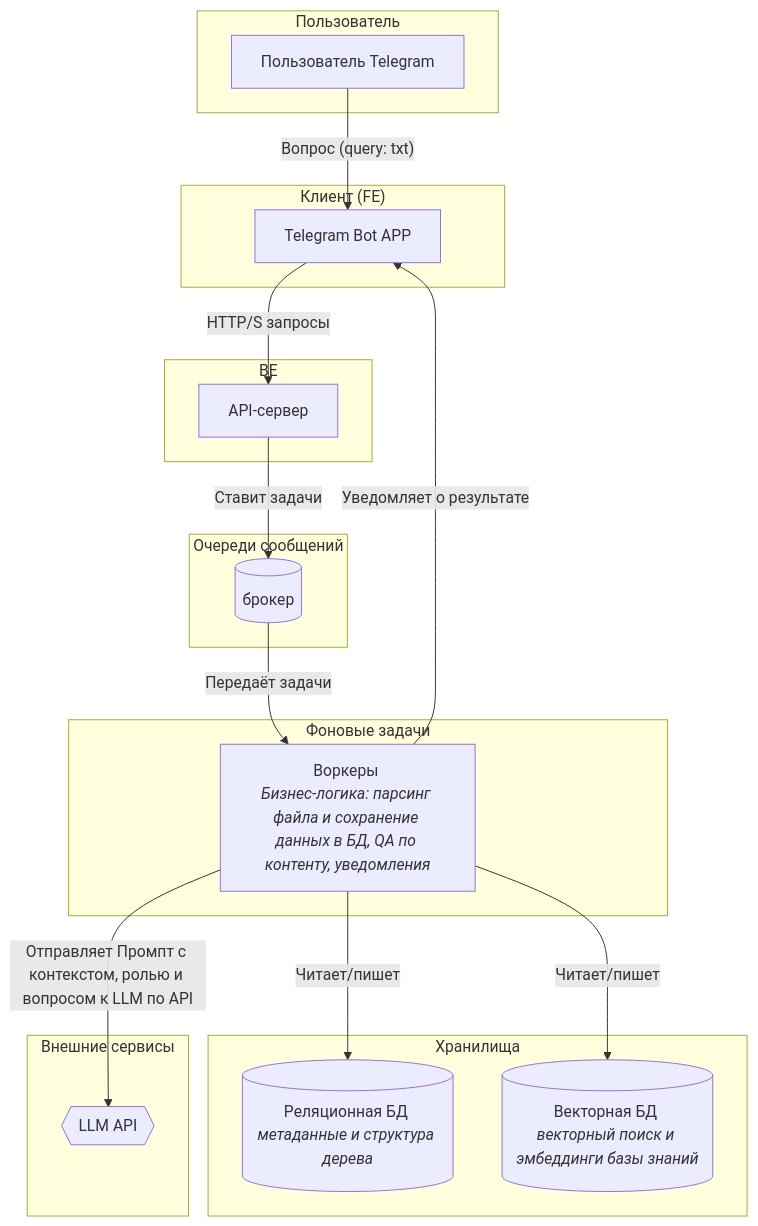
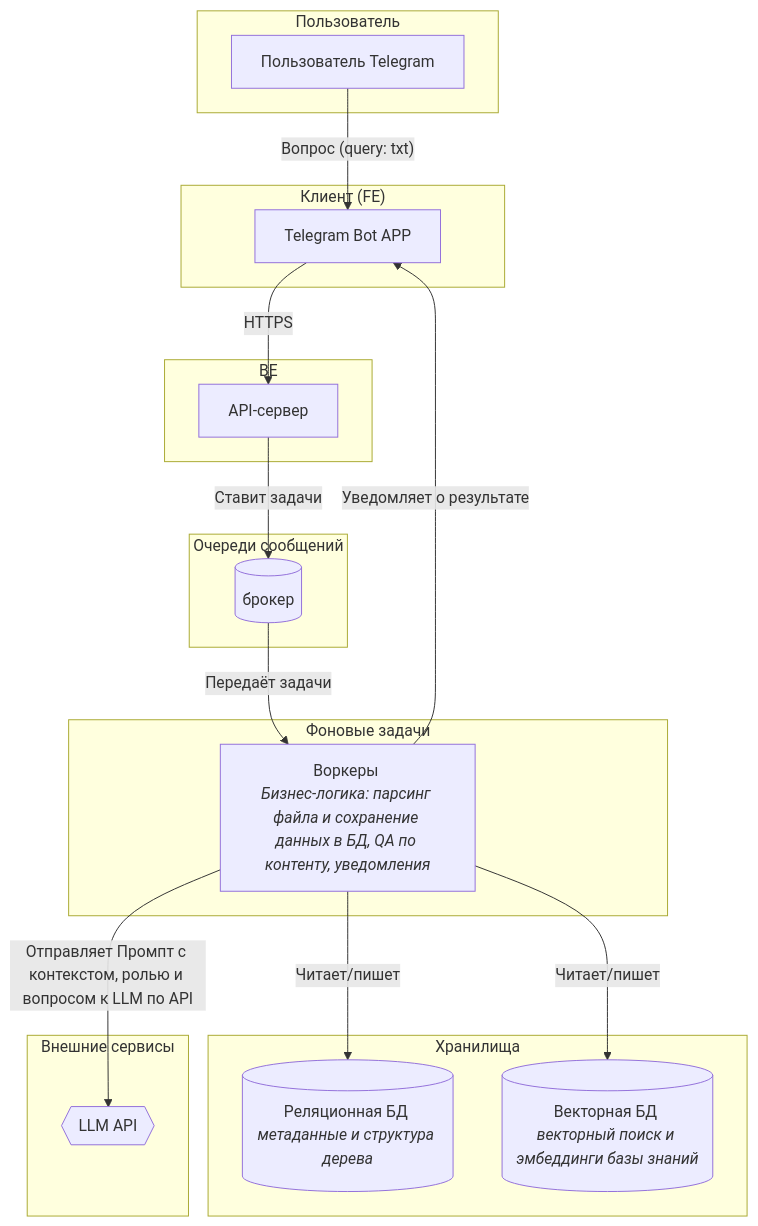
One commit to patolog123/Analyst-3.0 changed the diagram in Анастасия_Друзьянова/architect.MD. Above: the diagram before and after it, drawn with Mermaid.

````diff
--- a/Анастасия_Друзьянова/architect.MD
+++ b/Анастасия_Друзьянова/architect.MD
@@ -1,41 +1,41 @@
 ```mermaid
 graph TD
     subgraph "Пользователь"
         A[Пользователь Telegram]
     end
 
     subgraph "Клиент (FE)"
         B[Telegram Bot APP]
     end
 
     subgraph "BE"
         C[API-сервер]
     end
 
     subgraph "Очереди сообщений"
         J[(брокер)]
     end
 
     subgraph "Фоновые задачи"
         F[Воркеры <br><i>Бизнес-логика: парсинг файла и сохранение данных в БД, QA по контенту, уведомления</i>]
     end
 
     subgraph "Хранилища"
         G[(Реляционная БД <br><i>метаданные и структура дерева</i>)]
         I[(Векторная БД <br><i>векторный поиск и эмбеддинги базы знаний</i>)]
     end
 
     subgraph "Внешние сервисы"
         H{{LLM API}}
     end
 
     %% Связи между компонентами
     A -- Вопрос (query: txt) --> B
-    B -- HTTP/S запросы --> C
+    B -- HTTPS --> C
     C -- Ставит задачи --> J
     J -- Передаёт задачи --> F
     F -- Отправляет Промпт с контекстом, ролью и вопросом к LLM по API --> H
     F -- Читает/пишет --> G
     F -- Читает/пишет --> I
     F -- Уведомляет о результате --> B
 ```
````
